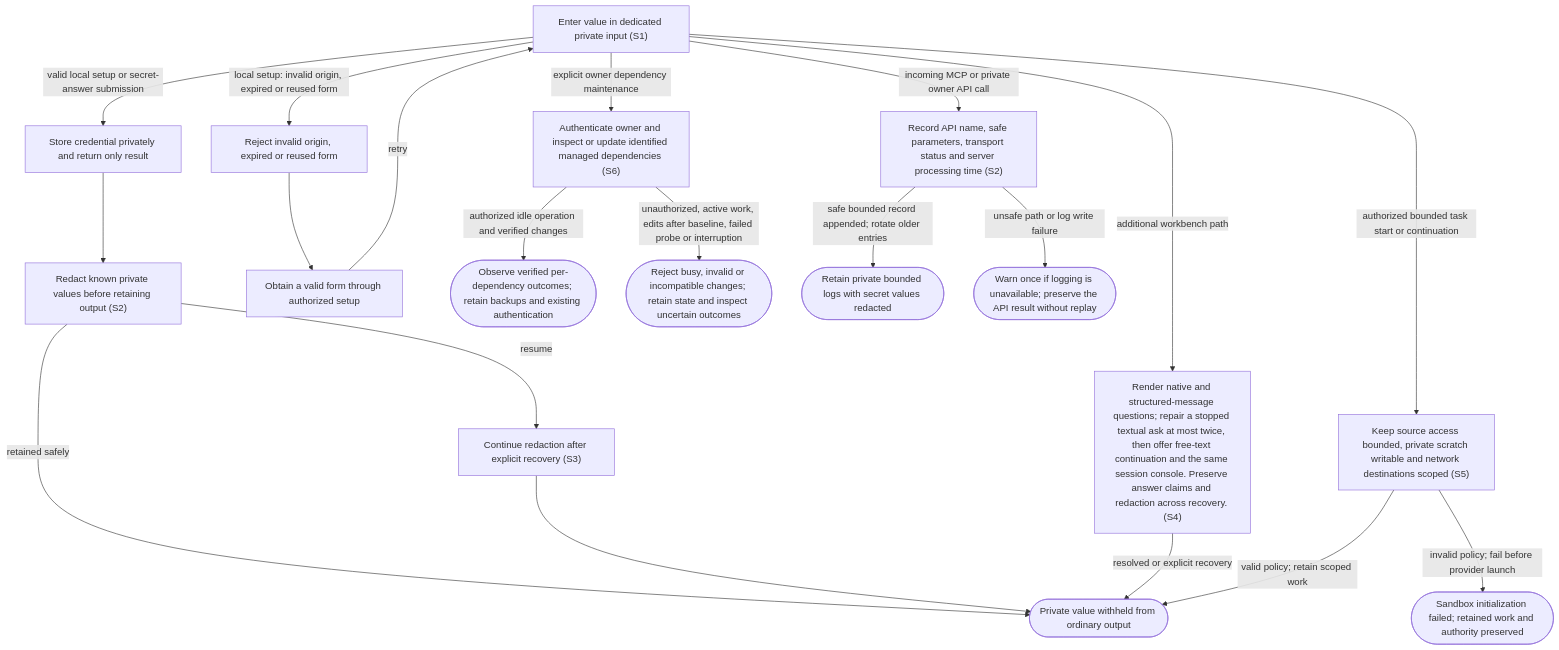
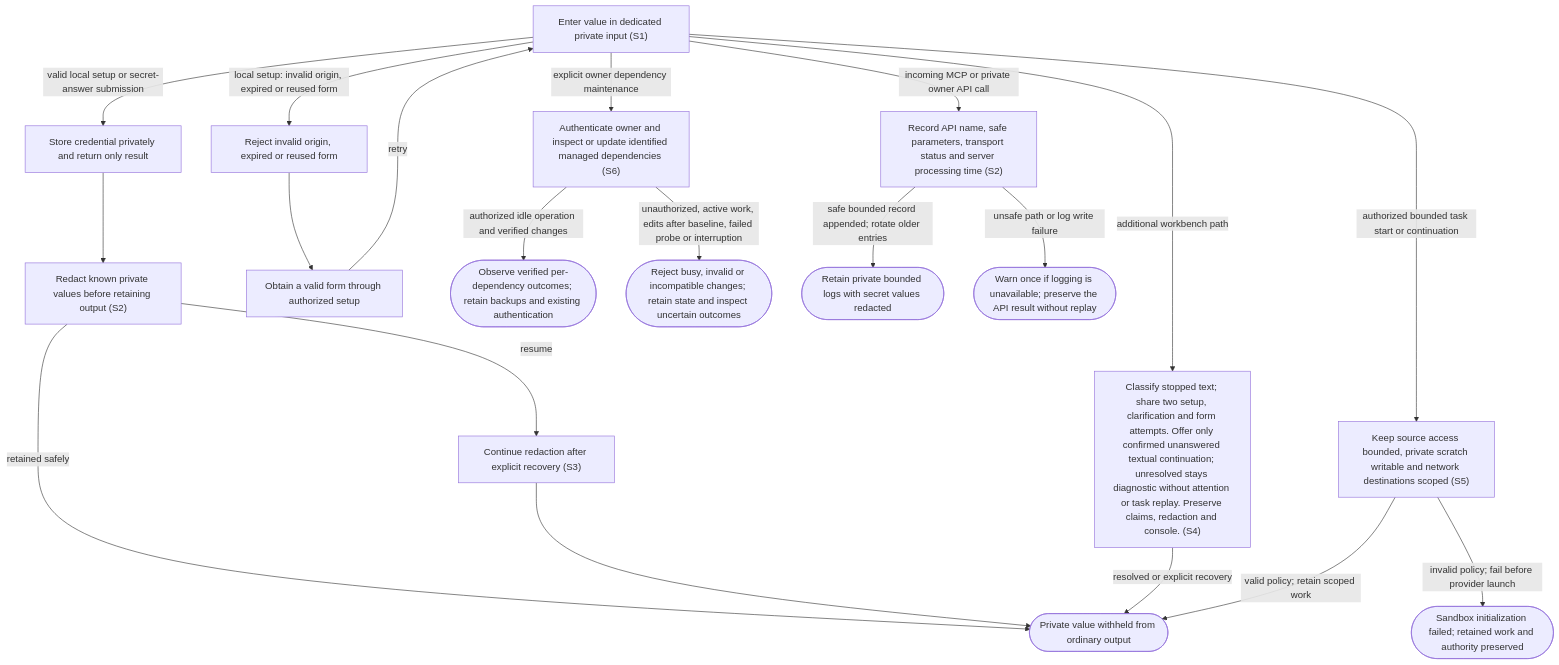
One commit to dk-code-factory/code-factory-plugin changed the diagram in docs/user-flows/protect-secrets.md. Above: the diagram before and after it, drawn with Mermaid. The commit also changed other lines of this file and 18 other files, not shown here.

First line of the commit message:
Preserve confirmed recovery across retained-session restoration

````diff
--- a/docs/user-flows/protect-secrets.md
+++ b/docs/user-flows/protect-secrets.md
@@ -51,38 +51,38 @@
 ```mermaid
 flowchart TD
     N0["Enter value in dedicated private input #40;S1#41;"]
     N1["Store credential privately and return only result"]
     N2["Redact known private values before retaining output #40;S2#41;"]
     N3["Continue redaction after explicit recovery #40;S3#41;"]
     N4["Reject invalid origin, expired or reused form"]
     N5["Obtain a valid form through authorized setup"]
     N6(["Private value withheld from ordinary output"])
-    N7["Render native and structured-message questions#59; repair a stopped textual ask at most twice, then offer free-text continuation and the same session console. Preserve answer claims and redaction across recovery. #40;S4#41;"]
+    N7["Classify stopped text#59; share two setup, clarification and form attempts. Offer only confirmed unanswered textual continuation#59; unresolved stays diagnostic without attention or task replay. Preserve claims, redaction and console. #40;S4#41;"]
     N8["Keep source access bounded, private scratch writable and network destinations scoped #40;S5#41;"]
     N9(["Sandbox initialization failed#59; retained work and authority preserved"])
     N10["Authenticate owner and inspect or update identified managed dependencies #40;S6#41;"]
     N11(["Observe verified per-dependency outcomes#59; retain backups and existing authentication"])
     N12(["Reject busy, invalid or incompatible changes#59; retain state and inspect uncertain outcomes"])
     N13["Record API name, safe parameters, transport status and server processing time #40;S2#41;"]
     N14(["Retain private bounded logs with secret values redacted"])
     N15(["Warn once if logging is unavailable#59; preserve the API result without replay"])
     N0 -->|"valid local setup or secret-answer submission"| N1
     N0 -->|"local setup: invalid origin, expired or reused form"| N4
     N4 --> N5
     N5 -->|"retry"| N0
     N1 --> N2
     N2 -->|"resume"| N3
     N2 -->|"retained safely"| N6
     N3 --> N6
     N0 -->|"additional workbench path"| N7
     N7 -->|"resolved or explicit recovery"| N6
     N0 -->|"authorized bounded task start or continuation"| N8
     N8 -->|"valid policy#59; retain scoped work"| N6
     N8 -->|"invalid policy#59; fail before provider launch"| N9
     N0 -->|"explicit owner dependency maintenance"| N10
     N10 -->|"authorized idle operation and verified changes"| N11
     N10 -->|"unauthorized, active work, edits after baseline, failed probe or interruption"| N12
     N0 -->|"incoming MCP or private owner API call"| N13
     N13 -->|"safe bounded record appended#59; rotate older entries"| N14
     N13 -->|"unsafe path or log write failure"| N15
 ```
````
